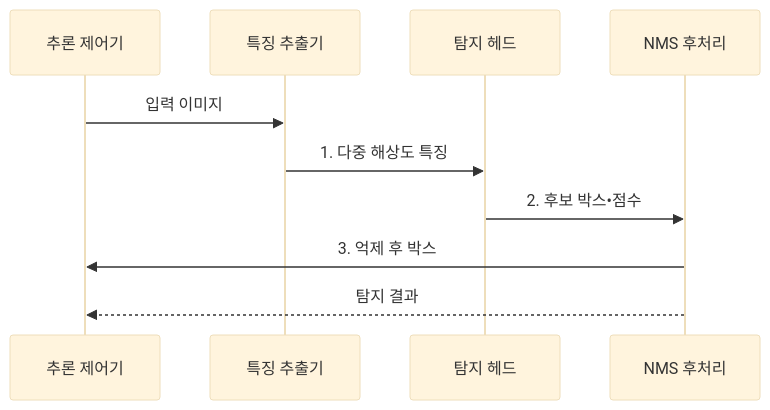
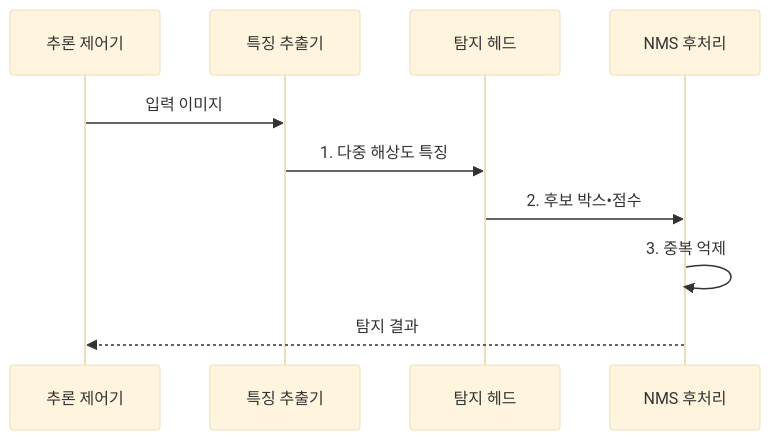
One commit to agnusdei1207/knowledge-base changed the second of 2 diagrams in src/content/docs/notes/01-basic-theory/055_object_detection.md. Above: the diagram before and after it, drawn with Mermaid (base theme). The commit also changed other lines of this file and 11 other files, not shown here.

````diff
--- a/src/content/docs/notes/01-basic-theory/055_object_detection.md
+++ b/src/content/docs/notes/01-basic-theory/055_object_detection.md
@@ -83,12 +83,12 @@
 ```mermaid
 sequenceDiagram
     participant T as 추론 제어기
     participant F as 특징 추출기
     participant H as 탐지 헤드
     participant N as NMS 후처리
     T->>F: 입력 이미지
     F->>H: 1. 다중 해상도 특징
     H->>N: 2. 후보 박스•점수
-    N->>T: 3. 억제 후 박스
+    N->>N: 3. 중복 억제
     N-->>T: 탐지 결과
 ```
````
